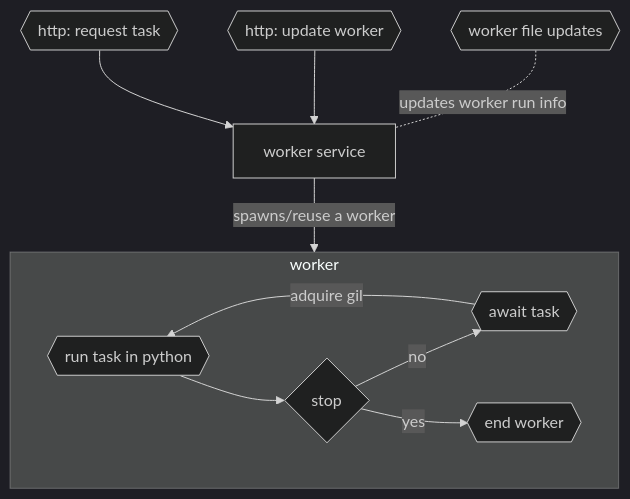
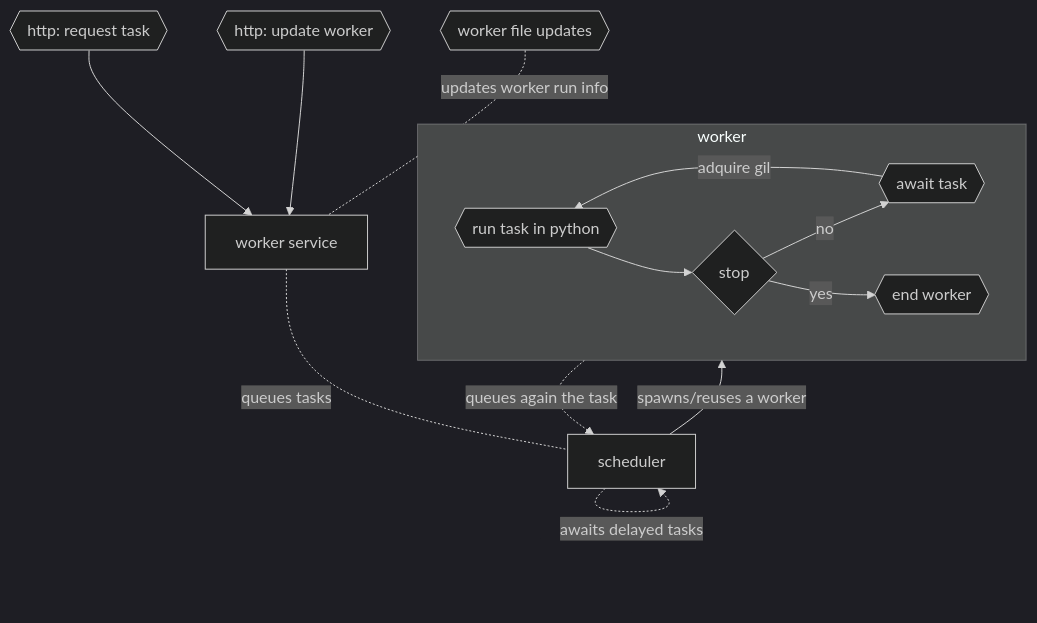
The diagram in README.md (albertoaer/pyrform), drawn with Mermaid (dark theme) before and after one commit. The commit also changed other lines of this file, not shown here.

````diff
--- a/README.md
+++ b/README.md
@@ -5,18 +5,22 @@
 ```mermaid
 graph TB;
   http_task{{http: request task}}-->service[worker service]
 
   http_worker{{http: update worker}}-->service[worker service]
 
-  service--spawns/reuse a worker-->worker{{worker queue}}
+  service-.queues tasks.-scheduler
 
   notify{{worker file updates}}-.-|updates worker run info| service
+
+  scheduler--spawns/reuses a worker-->worker{{worker queue}}
+  scheduler-.awaits delayed tasks.->scheduler
+  worker-.queues again the task.->scheduler
 
   subgraph worker
     direction LR
     perform-->stop{stop}
     stop-->|no| channel
     stop-->|yes| exit{{end worker}}
     channel{{await task}}--adquire gil-->perform{{run task in python}}
   end
 ```
````
